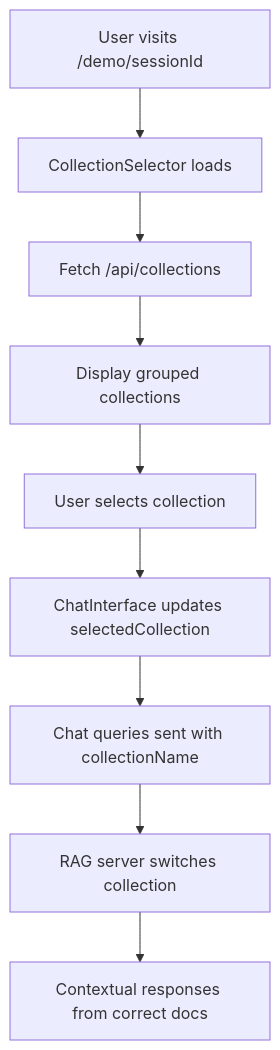
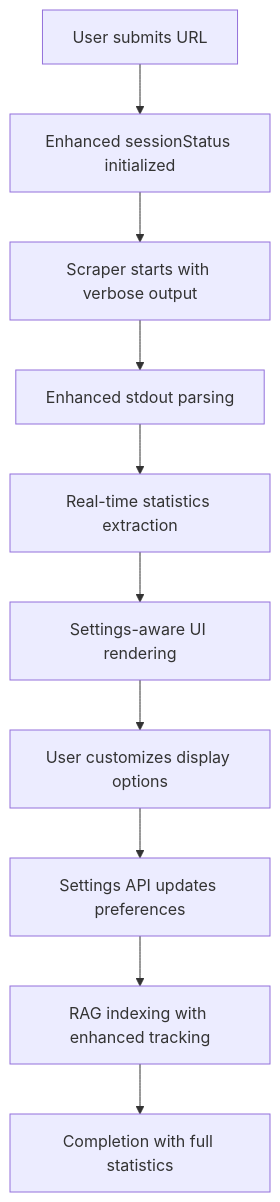
The diagram in memory-bank/progress.md (AlexSerbinov/doc-scrapper), drawn with Mermaid before and after one commit. The commit also changed other lines of this file and 5 other files, not shown here.

````diff
--- a/memory-bank/progress.md
+++ b/memory-bank/progress.md
@@ -564,11 +419,12 @@
 ```mermaid
 graph TD
-    A[User visits /demo/sessionId] --> B[CollectionSelector loads]
-    B --> C[Fetch /api/collections]
-    C --> D[Display grouped collections]
-    D --> E[User selects collection]
-    E --> F[ChatInterface updates selectedCollection]
-    F --> G[Chat queries sent with collectionName]
-    G --> H[RAG server switches collection]
-    H --> I[Contextual responses from correct docs]
+    A[User submits URL] --> B[Enhanced sessionStatus initialized]
+    B --> C[Scraper starts with verbose output]
+    C --> D[Enhanced stdout parsing]
+    D --> E[Real-time statistics extraction]
+    E --> F[Settings-aware UI rendering]
+    F --> G[User customizes display options]
+    G --> H[Settings API updates preferences]
+    H --> I[RAG indexing with enhanced tracking]
+    I --> J[Completion with full statistics]
 ```
````
